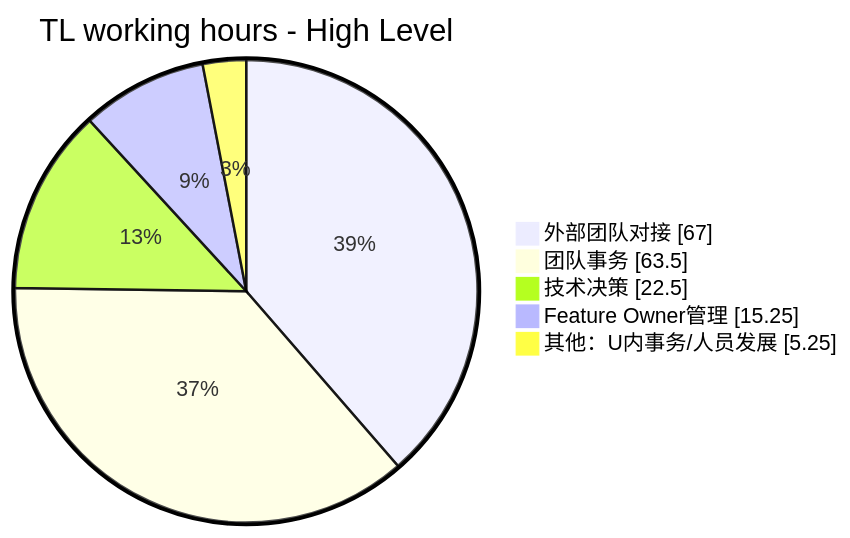
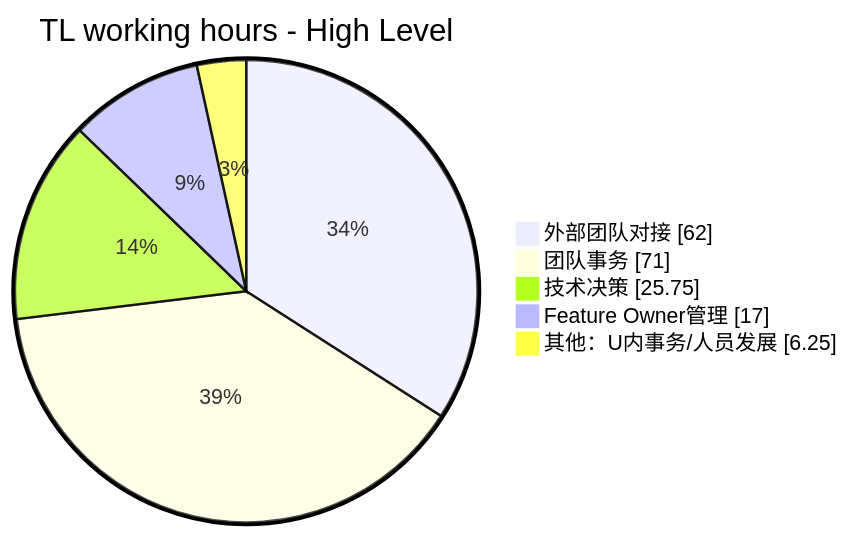
One commit to EthanLin-TWer/blog changed the first of 2 diagrams in _posts/2023-08-05-my-tech-lead-journey-iv.md. Above: the diagram before and after it, drawn with Mermaid. The commit also changed other lines of this file, not shown here.

````diff
--- a/_posts/2023-08-05-my-tech-lead-journey-iv.md
+++ b/_posts/2023-08-05-my-tech-lead-journey-iv.md
@@ -41,9 +41,9 @@
 ```mermaid
 %%{init: {"pie": {"textPosition": 0.5, "useWidth": 960}, "themeVariables": {"pieOuterStrokeWidth": "3px"}} }%%
 pie showData title TL working hours - High Level
-  "外部团队对接": 67
-  "团队事务": 63.5
-  "技术决策": 22.5
-  "Feature Owner管理": 15.25
-  "其他：U内事务/人员发展": 5.25
+  "外部团队对接": 62
+  "团队事务": 71
+  "技术决策": 25.75
+  "Feature Owner管理": 17
+  "其他：U内事务/人员发展": 6.25
 ```
````
